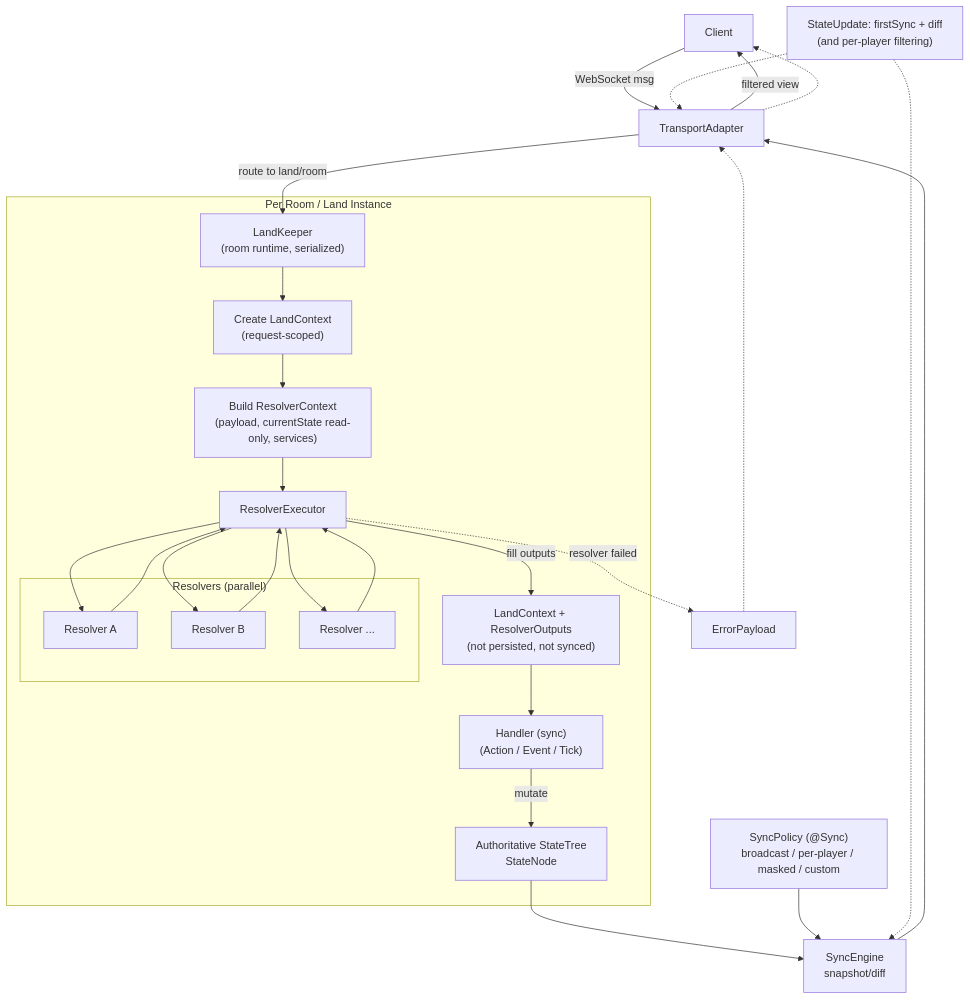
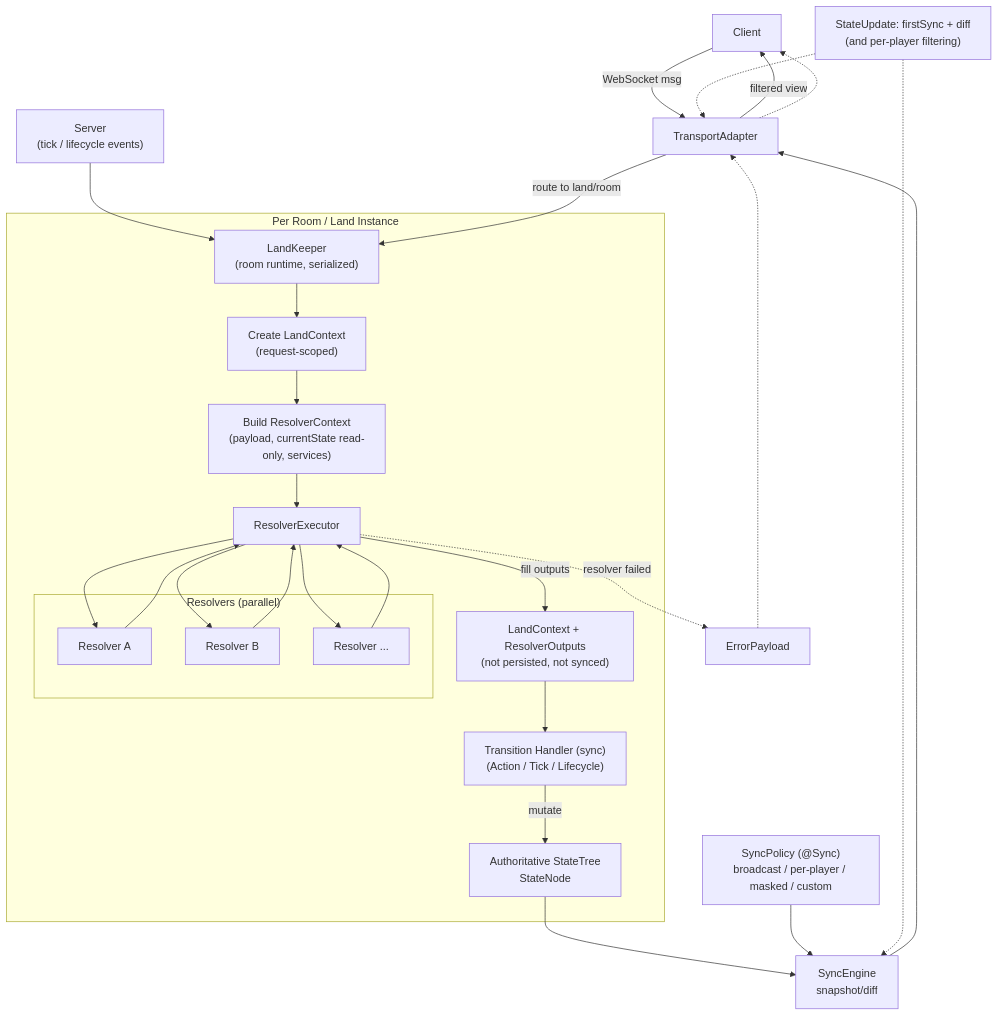
Before and after one commit to gmliao/swift-state-tree: the second of 2 diagrams in deep-research/emse-artifacts/SECTION3_DRAFT.md, drawn with Mermaid. The commit also changed other lines of this file, not shown here.

First line of the commit message:
feat: expand SECTION3_DRAFT with detailed semantics and architecture

````diff
--- a/deep-research/emse-artifacts/SECTION3_DRAFT.md
+++ b/deep-research/emse-artifacts/SECTION3_DRAFT.md
@@ -79,41 +100,42 @@
 ```mermaid
 flowchart TB
   %% Implementation view (SwiftStateTree runtime)
 
   Client[Client] -->|WebSocket msg| Adapter[TransportAdapter]
+  Server["Server<br/>(tick / lifecycle events)"] --> Keeper
   Adapter -->|route to land/room| Keeper["LandKeeper<br/>(room runtime, serialized)"]
 
   subgraph Room["Per Room / Land Instance"]
     Keeper --> Ctx["Create LandContext<br/>(request-scoped)"]
     Ctx --> RC["Build ResolverContext<br/>(payload, currentState read-only, services)"]
 
     RC --> Rex[ResolverExecutor]
     subgraph PR["Resolvers (parallel)"]
       R1[Resolver A]
       R2[Resolver B]
       Rn[Resolver ...]
     end
     Rex --> R1
     Rex --> R2
     Rex --> Rn
     R1 --> Rex
     R2 --> Rex
     Rn --> Rex
 
     Rex -->|fill outputs| Ctx2["LandContext + ResolverOutputs<br/>(not persisted, not synced)"]
-    Ctx2 --> H["Handler (sync)<br/>(Action / Event / Tick)"]
+    Ctx2 --> H["Transition Handler (sync)<br/>(Action / Tick / Lifecycle)"]
     H -->|mutate| S["Authoritative StateTree<br/>StateNode"]
   end
 
   S --> SE["SyncEngine<br/>snapshot/diff"]
   SP["SyncPolicy (@Sync)<br/>broadcast / per-player / masked / custom"] --> SE
   SE --> Adapter
   Note1["StateUpdate: firstSync + diff<br/>(and per-player filtering)"]
   Note1 -.-> SE
   Note1 -.-> Adapter
   Adapter -->|filtered view| Client
 
   Rex -. resolver failed .-> Err[ErrorPayload]
   Err -.-> Adapter
   Adapter -.-> Client
 ```
````
